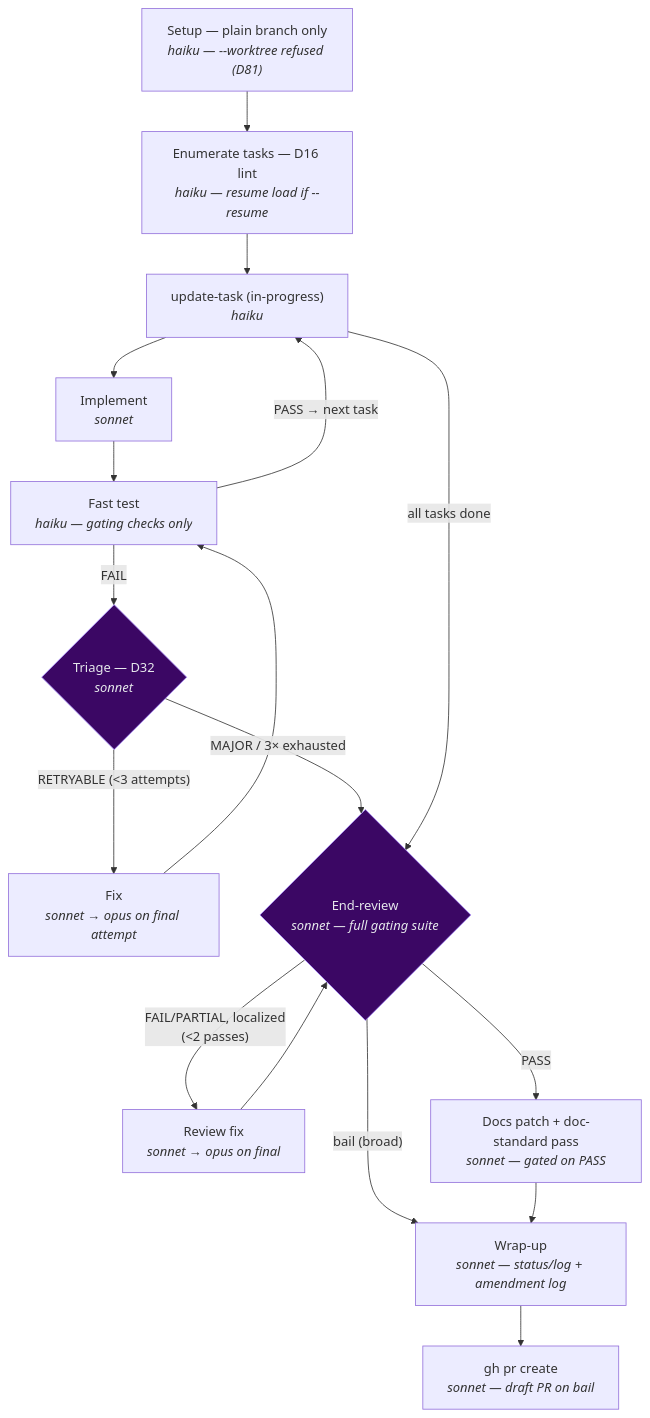
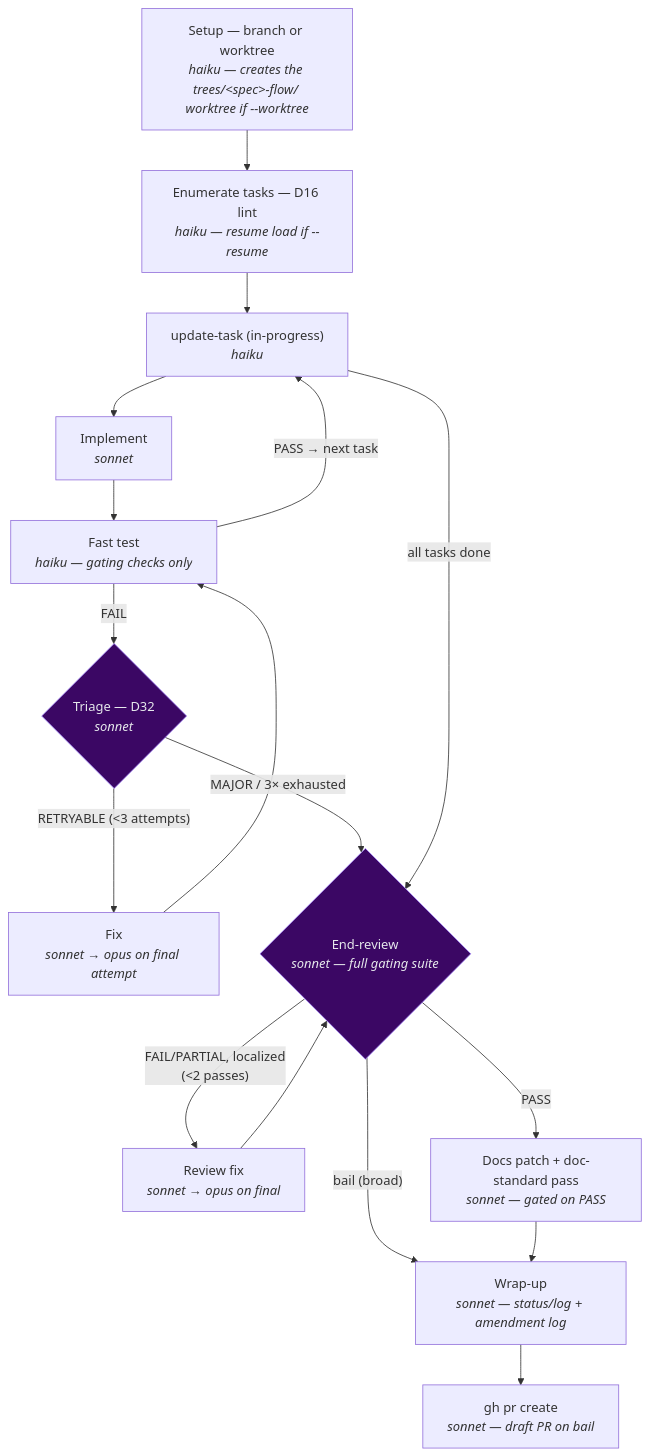
The diagram in docs/workflows/sdlc-flow.md (bredmond1019/agentic-base-template), drawn with Mermaid before and after one commit. The commit also changed other lines of this file and 20 other files, not shown here.

````diff
--- a/docs/workflows/sdlc-flow.md
+++ b/docs/workflows/sdlc-flow.md
@@ -119,22 +110,22 @@
 ```mermaid
 flowchart TD
-    Setup["Setup — plain branch only<br/><i>haiku — --worktree refused (D81)</i>"] --> Enumerate["Enumerate tasks — D16 lint<br/><i>haiku — resume load if --resume</i>"]
+    Setup["Setup — branch or worktree<br/><i>haiku — creates the trees/&lt;spec&gt;-flow/ worktree if --worktree</i>"] --> Enumerate["Enumerate tasks — D16 lint<br/><i>haiku — resume load if --resume</i>"]
     Enumerate --> UpdateTask["update-task (in-progress)<br/><i>haiku</i>"]
     UpdateTask --> Implement["Implement<br/><i>sonnet</i>"]
     Implement --> FastTest["Fast test<br/><i>haiku — gating checks only</i>"]
     FastTest -- "FAIL" --> Triage{"Triage — D32<br/><i>sonnet</i>"}
     Triage -- "RETRYABLE (&lt;3 attempts)" --> Fix["Fix<br/><i>sonnet &rarr; opus on final attempt</i>"]
     Fix --> FastTest
     Triage -- "MAJOR / 3&times; exhausted" --> Review
     FastTest -- "PASS &rarr; next task" --> UpdateTask
     UpdateTask -- "all tasks done" --> Review{"End-review<br/><i>sonnet — full gating suite</i>"}
     Review -- "FAIL/PARTIAL, localized<br/>(&lt;2 passes)" --> ReviewFix["Review fix<br/><i>sonnet &rarr; opus on final</i>"]
     ReviewFix --> Review
     Review -- "PASS" --> Docs["Docs patch + doc-standard pass<br/><i>sonnet — gated on PASS</i>"]
     Review -- "bail (broad)" --> Wrapup["Wrap-up<br/><i>sonnet — status/log + amendment log</i>"]
     Docs --> Wrapup
     Wrapup --> PR["gh pr create<br/><i>sonnet — draft PR on bail</i>"]
 
     classDef gate fill:#3b0764,stroke:#a78bfa,color:#e5e7eb;
     class Review,Triage gate;
 ```
````
